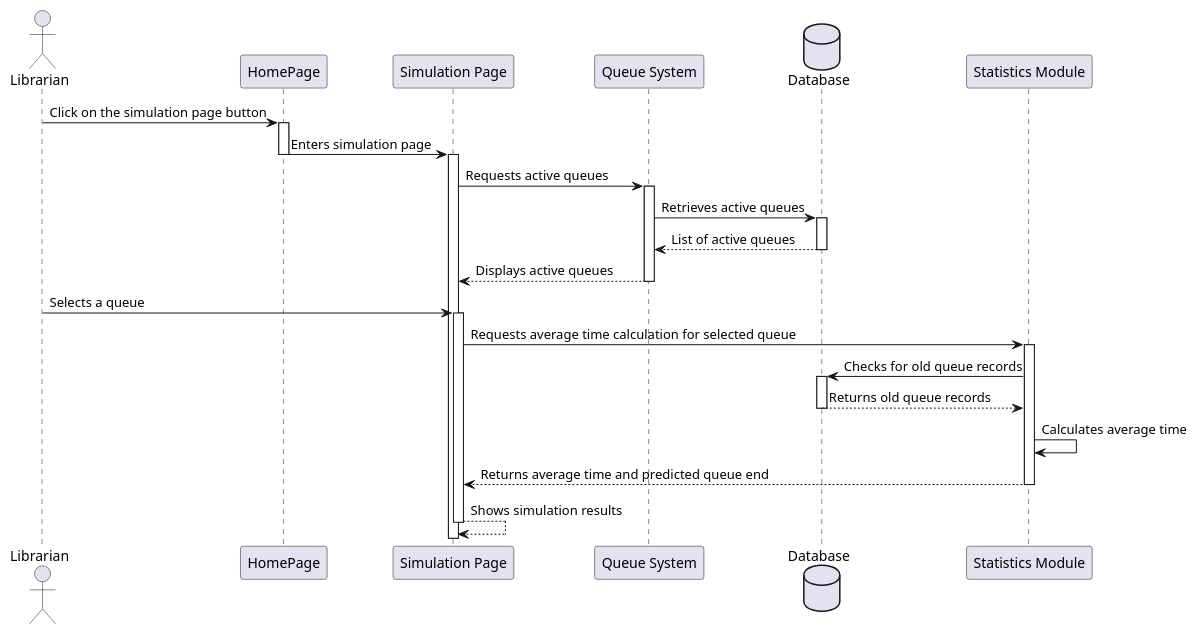
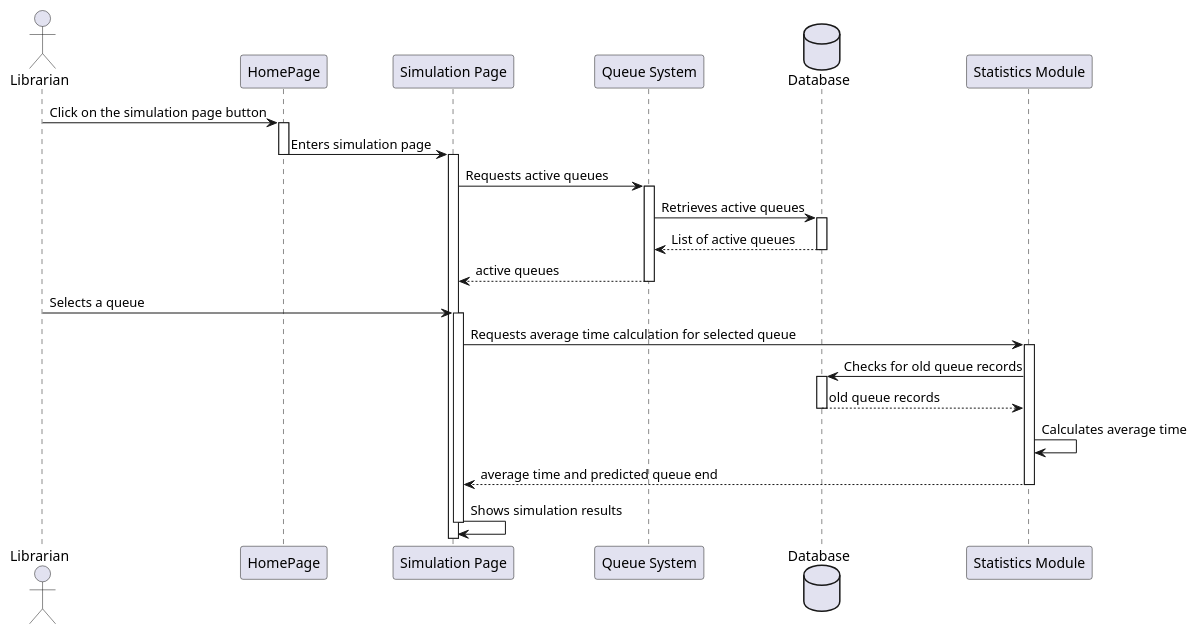
Before and after one commit to bartucank/mlm: the diagram in docs/umlDiagrams/Sequence Diagrams/ViewSimulation.puml, drawn with PlantUML. The commit also changed 35 other files, not shown here.

Commit message:
Room Services + UML Diagrams

```diff
--- a/docs/umlDiagrams/Sequence Diagrams/ViewSimulation.puml
+++ b/docs/umlDiagrams/Sequence Diagrams/ViewSimulation.puml
@@ -1,45 +1,45 @@
 @startuml
 actor "Librarian" as Librarian
 participant "HomePage" as Home
 participant "Simulation Page" as SimPage
 participant "Queue System" as QueueSys
 database "Database" as QueueDB
 participant "Statistics Module" as StatsMod
 
 
 
 Librarian -> Home: Click on the simulation page button
 activate Home
 Home -> SimPage: Enters simulation page
 deactivate Home
 activate SimPage
 
 SimPage -> QueueSys: Requests active queues
 activate QueueSys
 
 QueueSys -> QueueDB: Retrieves active queues
 activate QueueDB
 QueueDB --> QueueSys: List of active queues
 deactivate QueueDB
 
-QueueSys --> SimPage: Displays active queues
+QueueSys --> SimPage:  active queues
 deactivate QueueSys
 
 Librarian -> SimPage: Selects a queue
 activate SimPage
 
 SimPage -> StatsMod: Requests average time calculation for selected queue
 activate StatsMod
 
 StatsMod -> QueueDB: Checks for old queue records
 activate QueueDB
-QueueDB --> StatsMod: Returns old queue records
+QueueDB --> StatsMod:  old queue records
 deactivate QueueDB
 
 StatsMod -> StatsMod: Calculates average time
-StatsMod --> SimPage: Returns average time and predicted queue end
+StatsMod --> SimPage:  average time and predicted queue end
 deactivate StatsMod
 
-SimPage --> SimPage: Shows simulation results
+SimPage -> SimPage: Shows simulation results
 deactivate SimPage
 @enduml
```
